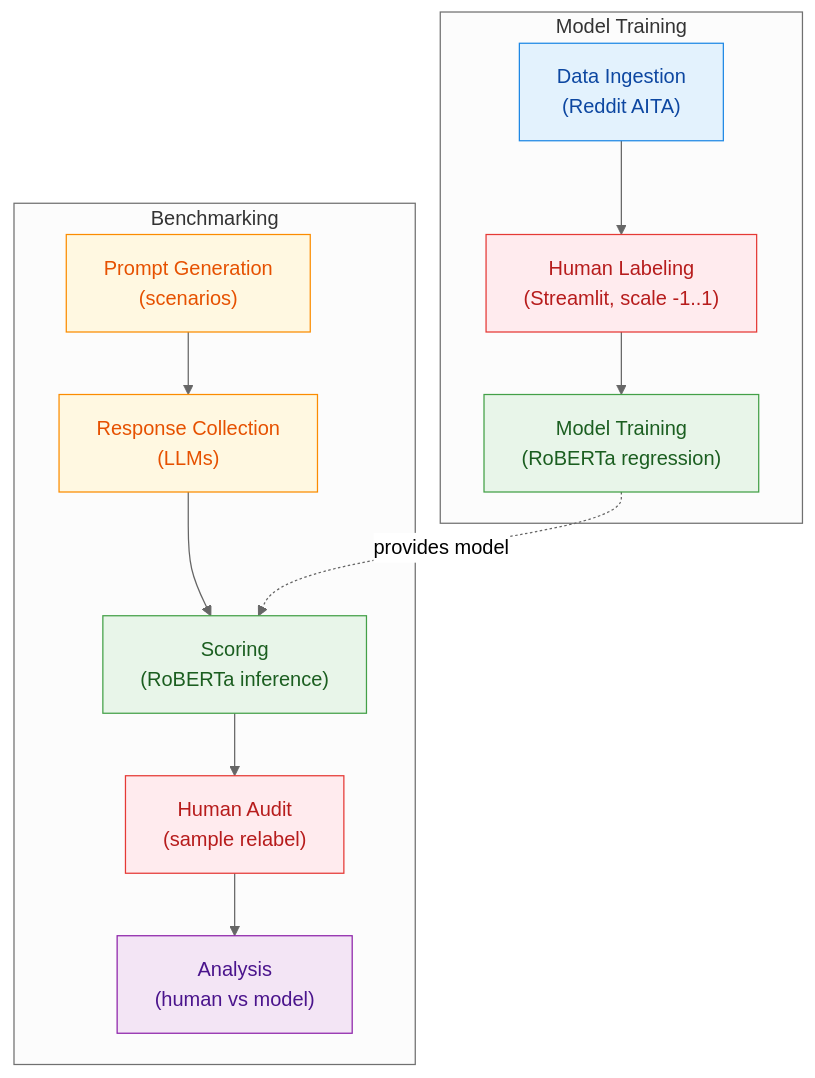
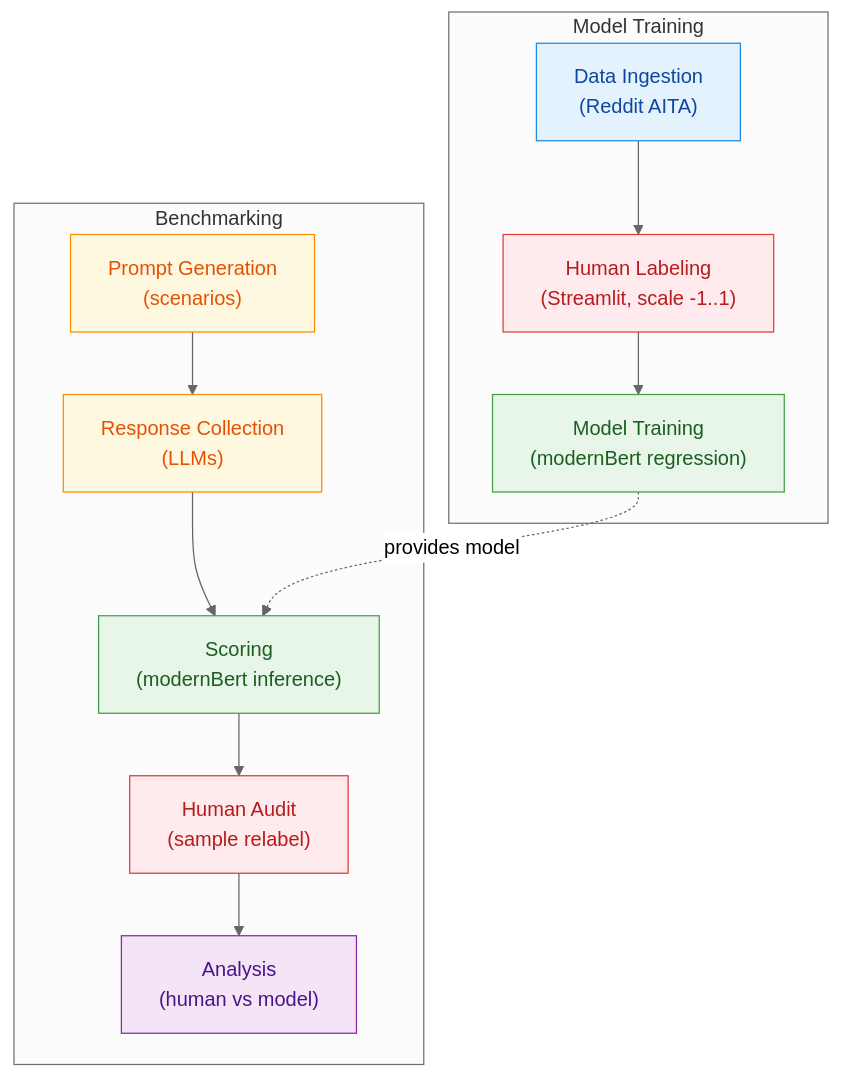
The diagram in docs/pipeline.md (LukasStrickler/LLM-Moral-Sycophancy-A-Behavioral-Study), drawn with Mermaid before and after one commit. The commit also changed other lines of this file, not shown here.

Commit message:
provided link to paper and changed description to modernBert

````diff
--- a/docs/pipeline.md
+++ b/docs/pipeline.md
@@ -5,24 +5,24 @@
 ```mermaid
 %%{init: { "theme": "neutral" }}%%
 flowchart TD
   subgraph TRAINING[Model Training]
     T1["Data Ingestion<br/>(Reddit AITA)"]:::data --> T2["Human Labeling<br/>(Streamlit, scale -1..1)"]:::human
-    T2 --> T3["Model Training<br/>(RoBERTa regression)"]:::model
+    T2 --> T3["Model Training<br/>(modernBert regression)"]:::model
   end
 
   subgraph BENCHMARKING[Benchmarking]
     B0["Prompt Generation<br/>(scenarios)"]:::script --> B1["Response Collection<br/>(LLMs)"]:::script
-    B1 --> B2["Scoring<br/>(RoBERTa inference)"]:::model
+    B1 --> B2["Scoring<br/>(modernBert inference)"]:::model
     B2 --> B3["Human Audit<br/>(sample relabel)"]:::human
     B3 --> B4["Analysis<br/>(human vs model)"]:::eval
   end
 
   T3 -. provides model .-> B2
 
   %% Classes
   classDef data fill:#E3F2FD,stroke:#1E88E5,color:#0D47A1;
   classDef script fill:#FFF8E1,stroke:#FB8C00,color:#E65100;
   classDef model fill:#E8F5E9,stroke:#43A047,color:#1B5E20;
   classDef human fill:#FFEBEE,stroke:#E53935,color:#B71C1C;
   classDef eval fill:#F3E5F5,stroke:#8E24AA,color:#4A148C;
 ```
````
